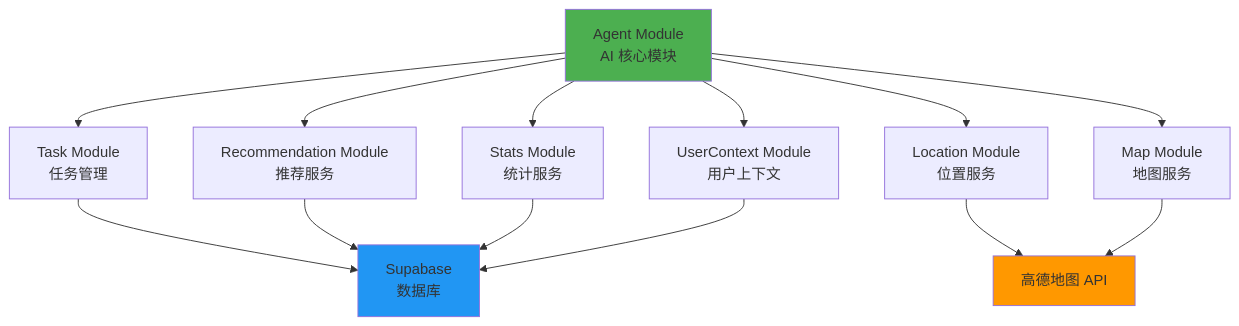
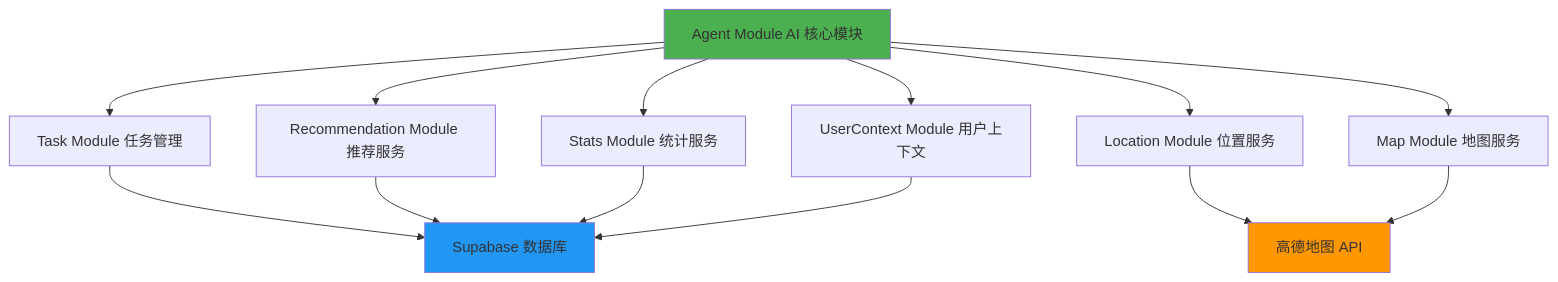
Before and after one commit to Pekaoseya/intelligent-itinerary-planner: the first of 14 diagrams in ARCHITECTURE.md, drawn with Mermaid. The commit also changed other lines of this file and 2 other files, not shown here.

First line of the commit message:
fix: 修复 Mermaid 图表格式问题 - 移除 HTML 标签和修复双引号嵌套

````diff
--- a/ARCHITECTURE.md
+++ b/ARCHITECTURE.md
@@ -49,22 +49,22 @@
 ```mermaid
 graph TD
-    A[Agent Module<br/>AI 核心模块] --> B[UserContext Module<br/>用户上下文]
-    A --> C[Task Module<br/>任务管理]
-    A --> D[Location Module<br/>位置服务]
-    A --> E[Map Module<br/>地图服务]
+    A[Agent Module AI 核心模块] --> B[UserContext Module 用户上下文]
+    A --> C[Task Module 任务管理]
+    A --> D[Location Module 位置服务]
+    A --> E[Map Module 地图服务]
 
-    A --> F[Recommendation Module<br/>推荐服务]
-    A --> G[Stats Module<br/>统计服务]
+    A --> F[Recommendation Module 推荐服务]
+    A --> G[Stats Module 统计服务]
 
-    C --> H[Supabase<br/>数据库]
+    C --> H[Supabase 数据库]
     F --> H
     G --> H
     B --> H
 
     D --> I[高德地图 API]
     E --> I
 
     style A fill:#4CAF50
     style H fill:#2196F3
     style I fill:#FF9800
 ```
````
